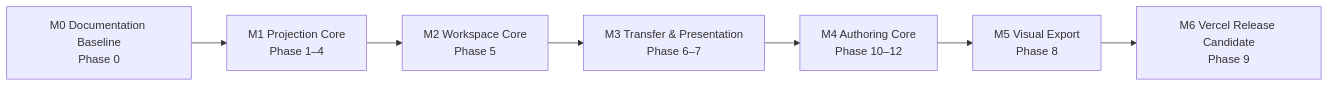
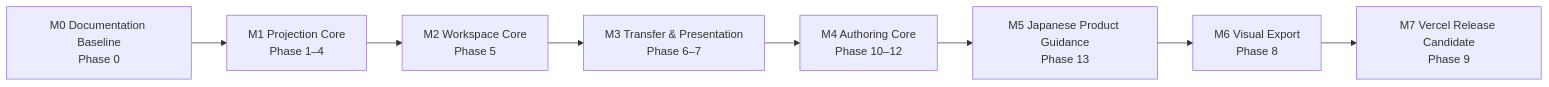
One commit to dayaa-arch/granvas changed the diagram in docs/development-roadmap.md. Above: the diagram before and after it, drawn with Mermaid. The commit also changed other lines of this file and 40 other files, not shown here.

````diff
--- a/docs/development-roadmap.md
+++ b/docs/development-roadmap.md
@@ -22,9 +22,10 @@
 ```mermaid
 flowchart LR
     M0["M0 Documentation Baseline<br/>Phase 0"] --> M1["M1 Projection Core<br/>Phase 1–4"]
     M1 --> M2["M2 Workspace Core<br/>Phase 5"]
     M2 --> M3["M3 Transfer & Presentation<br/>Phase 6–7"]
     M3 --> M4["M4 Authoring Core<br/>Phase 10–12"]
-    M4 --> M5["M5 Visual Export<br/>Phase 8"]
-    M5 --> M6["M6 Vercel Release Candidate<br/>Phase 9"]
+    M4 --> M5["M5 Japanese Product Guidance<br/>Phase 13"]
+    M5 --> M6["M6 Visual Export<br/>Phase 8"]
+    M6 --> M7["M7 Vercel Release Candidate<br/>Phase 9"]
 ```
````
